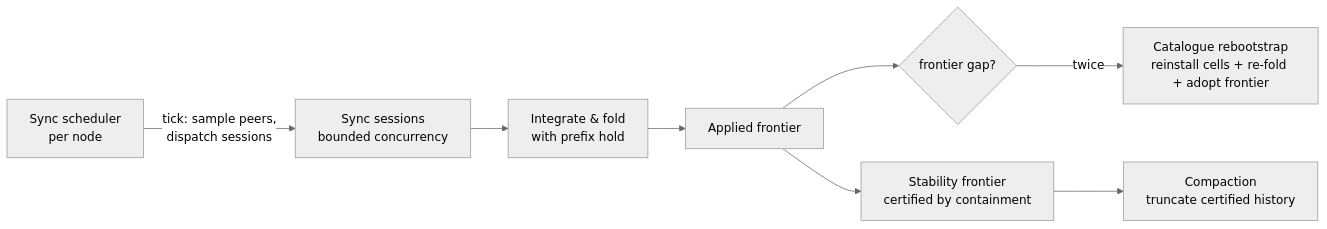
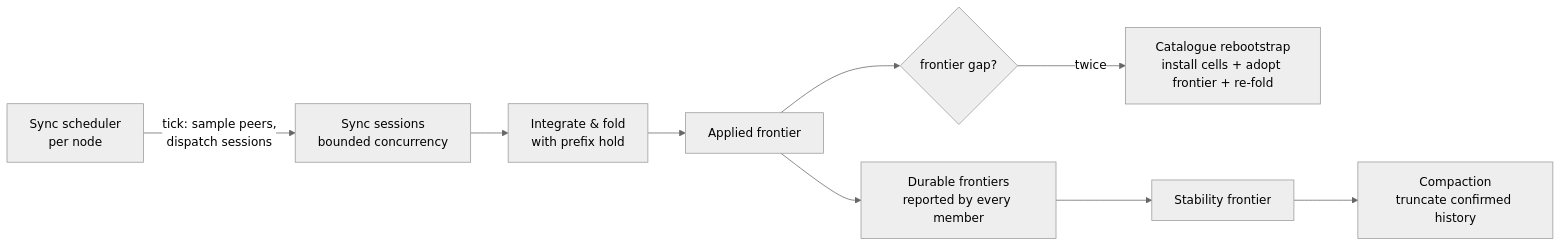
One commit to bondy-io/bondy changed the second of 2 diagrams in doc/guides/architecture/view_convergence.md. Above: the diagram before and after it, drawn with Mermaid (neutral theme). The commit also changed other lines of this file and 449 other files, not shown here.

````diff
--- a/doc/guides/architecture/view_convergence.md
+++ b/doc/guides/architecture/view_convergence.md
@@ -35,10 +38,11 @@
 ```mermaid
 flowchart LR
     SCH[Sync scheduler<br/>per node] -->|tick: sample peers,<br/>dispatch sessions| SS[Sync sessions<br/>bounded concurrency]
     SS --> INT[Integrate & fold<br/>with prefix hold]
     INT --> FR[Applied frontier]
     FR --> GAP{frontier gap?}
-    GAP -->|twice| RB[Catalogue rebootstrap<br/>reinstall cells + re-fold + adopt frontier]
-    FR --> STAB[Stability frontier<br/>certified by containment]
-    STAB --> CMP[Compaction<br/>truncate certified history]
+    GAP -->|twice| RB[Catalogue rebootstrap<br/>install cells + adopt frontier + re-fold]
+    FR --> DUR[Durable frontiers<br/>reported by every member]
+    DUR --> STAB[Stability frontier]
+    STAB --> CMP[Compaction<br/>truncate confirmed history]
 ```
````
